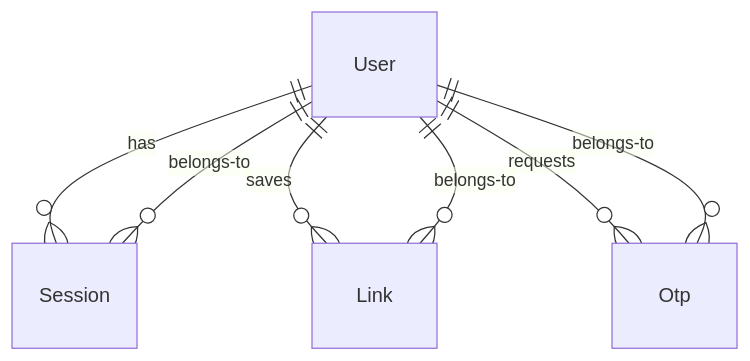
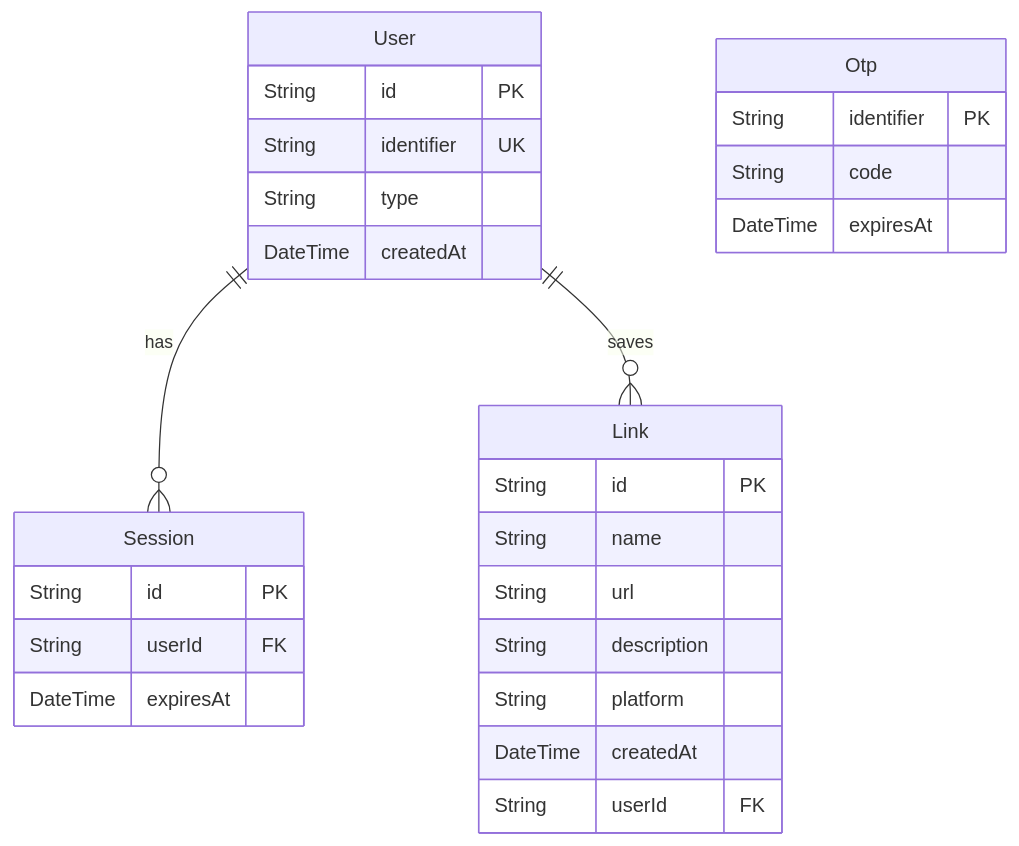
Before and after one commit to ankush850/Hack-the-Thread-Social-Saver-Bot-Prototype: the third of 3 diagrams in README.md, drawn with Mermaid. The commit also changed other lines of this file, not shown here.

````diff
--- a/README.md
+++ b/README.md
@@ -109,9 +114,31 @@
 ```mermaid
 erDiagram
-    User ||--o{ Session : has
-    User ||--o{ Link : saves
-    User ||--o{ Otp : requests
-    Session }o--|| User : belongs-to
-    Link }o--|| User : belongs-to
-    Otp }o--|| User : belongs-to
+    User {
+        String id PK
+        String identifier UK
+        String type
+        DateTime createdAt
+    }
+    Session {
+        String id PK
+        String userId FK
+        DateTime expiresAt
+    }
+    Link {
+        String id PK
+        String name
+        String url
+        String description
+        String platform
+        DateTime createdAt
+        String userId FK
+    }
+    Otp {
+        String identifier PK
+        String code
+        DateTime expiresAt
+    }
+
+    User ||--o{ Session : "has"
+    User ||--o{ Link : "saves"
 ```
````
